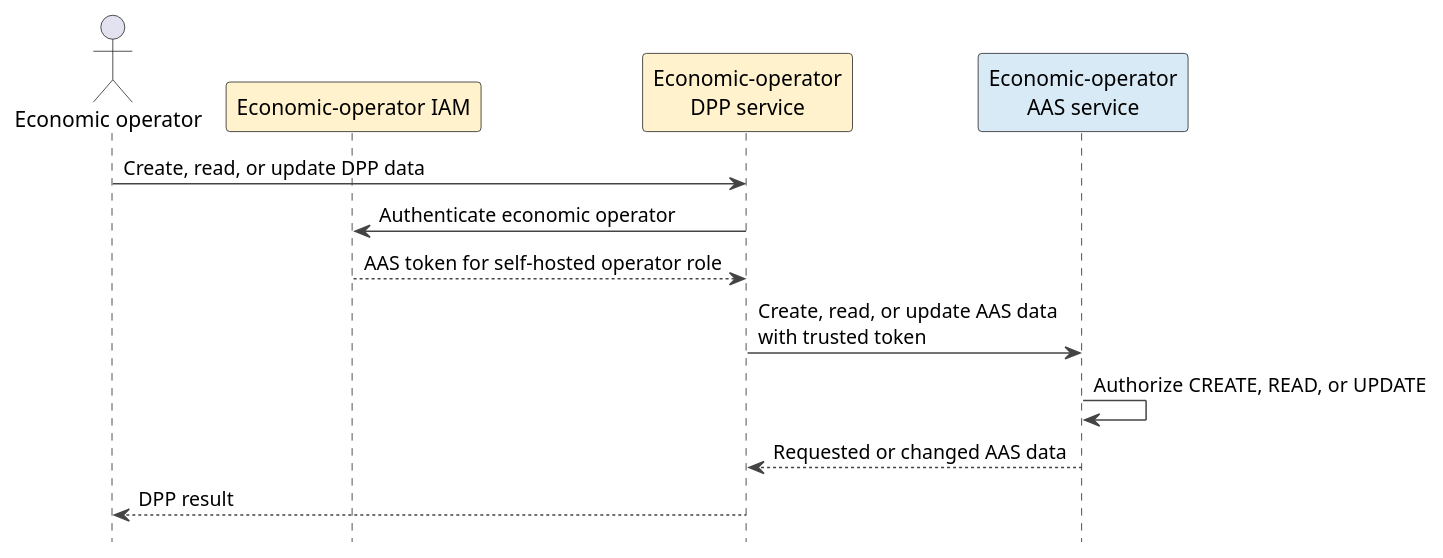
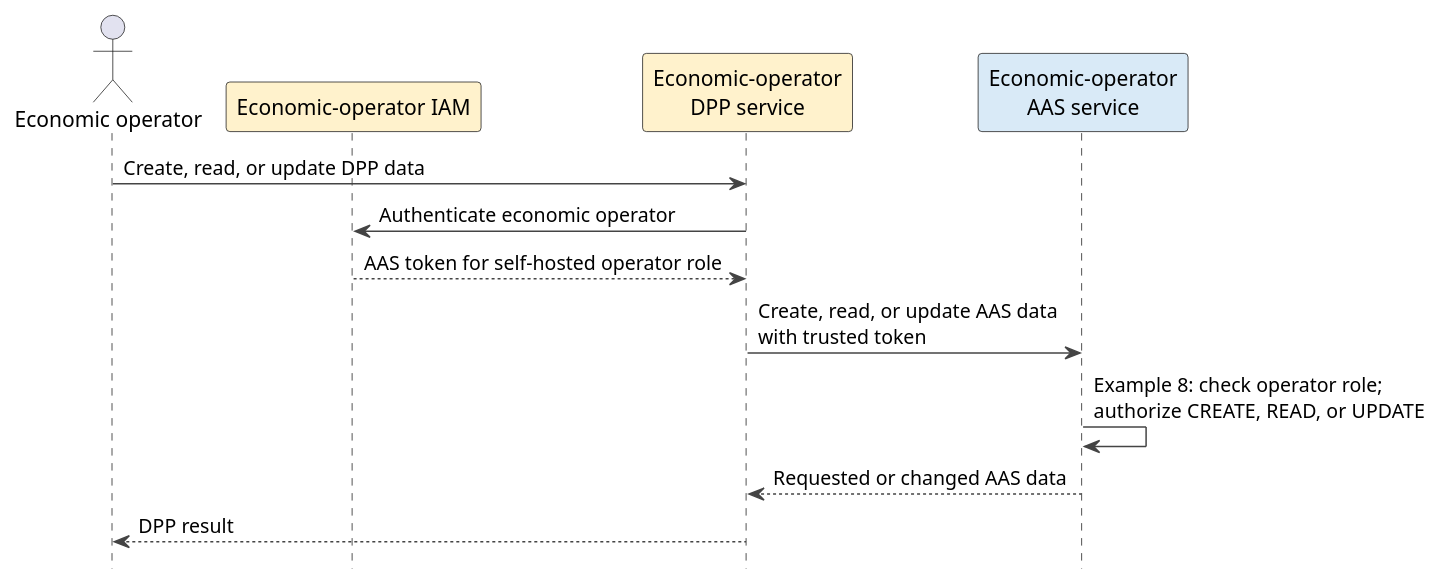
One commit to Martin187187/aas-specs-security changed the diagram in documentation/IDTA-01004/modules/ROOT/partials/diagrams/dpp-economic-operator-self-hosted-update.puml. Above: the diagram before and after it, drawn with PlantUML. The commit also changed 8 other files, not shown here.

```diff
--- a/documentation/IDTA-01004/modules/ROOT/partials/diagrams/dpp-economic-operator-self-hosted-update.puml
+++ b/documentation/IDTA-01004/modules/ROOT/partials/diagrams/dpp-economic-operator-self-hosted-update.puml
@@ -1,21 +1,21 @@
 @startuml
 ' Copyright (c) 2026 Industrial Digital Twin Association
 ' SPDX-License-Identifier: CC-BY-4.0
 
 skinparam shadowing false
 skinparam ArrowColor #444444
 hide footbox
 
 actor "Economic operator" as User
 participant "Economic-operator IAM" as IAM #FFF2CC
 participant "Economic-operator\nDPP service" as DPP #FFF2CC
 participant "Economic-operator\nAAS service" as AAS #D9EAF7
 
 User -> DPP : Create, read, or update DPP data
 DPP -> IAM : Authenticate economic operator
 IAM --> DPP : AAS token for self-hosted operator role
 DPP -> AAS : Create, read, or update AAS data\nwith trusted token
-AAS -> AAS : Authorize CREATE, READ, or UPDATE
+AAS -> AAS : Example 8: check operator role;\nauthorize CREATE, READ, or UPDATE
 AAS --> DPP : Requested or changed AAS data
 DPP --> User : DPP result
 @enduml
```
